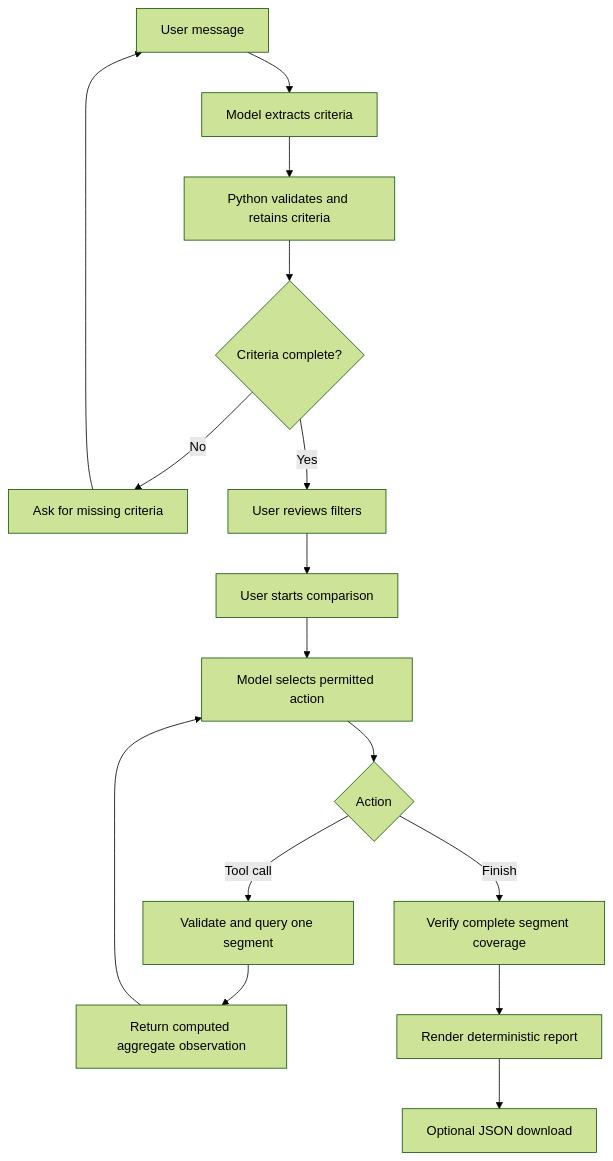
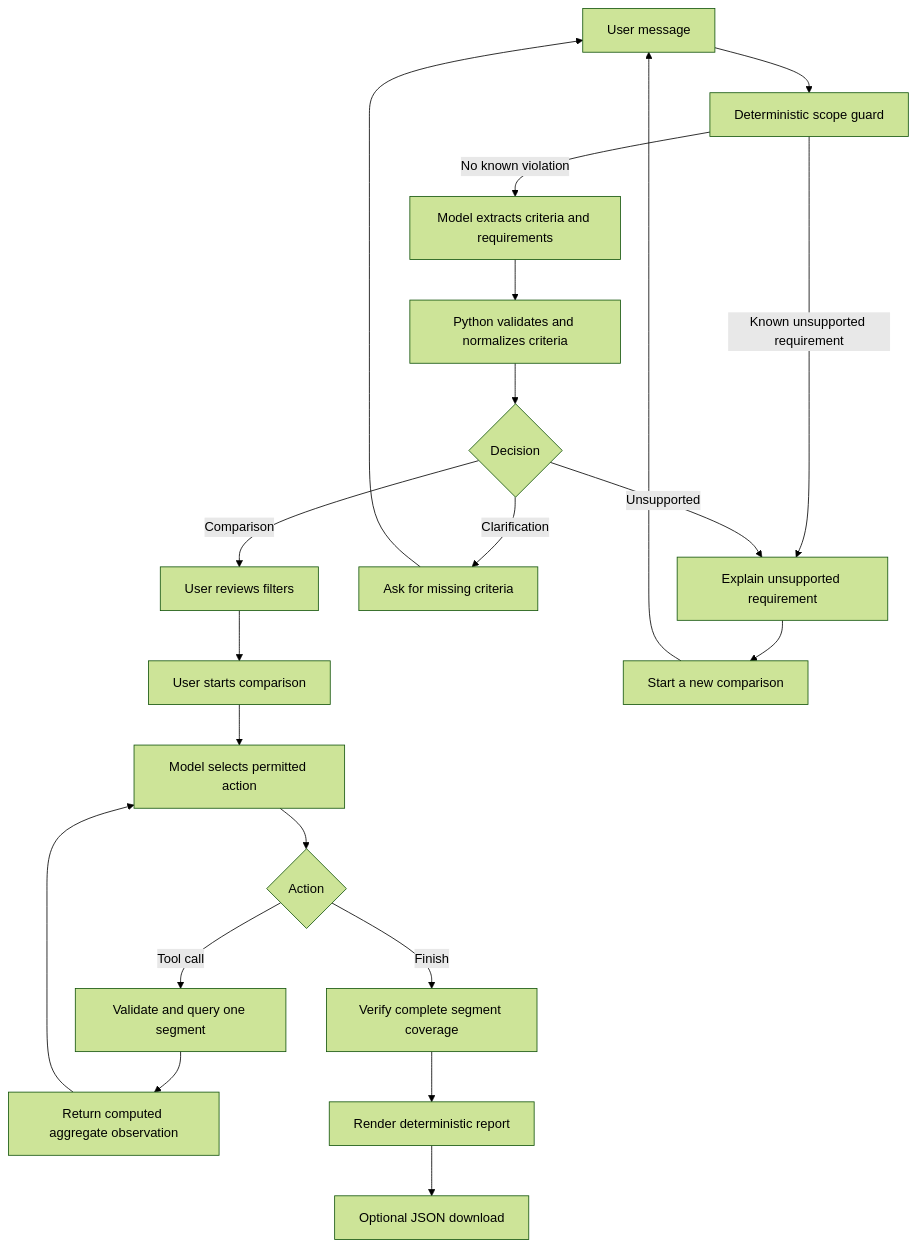
The third of 3 diagrams in README.md (SL14-SL/llm-customer-segmentation-assistant), drawn with Mermaid (forest theme) before and after one commit. The commit also changed other lines of this file and 12 other files, not shown here.

First line of the commit message:
Improve comparison reliability and model configuration (#6)

````diff
--- a/README.md
+++ b/README.md
@@ -322,24 +345,32 @@
 ```mermaid
 flowchart TD
-    A["User message"] --> B["Model extracts criteria"]
-    B --> C["Python validates and retains criteria"]
+    A["User message"] --> S["Deterministic scope guard"]
 
-    C --> D{"Criteria complete?"}
+    S -->|Known unsupported requirement| X["Explain unsupported requirement"]
+    S -->|No known violation| B["Model extracts criteria and requirements"]
 
-    D -->|No| E["Ask for missing criteria"]
+    B --> C["Python validates and normalizes criteria"]
+
+    C --> D{"Decision"}
+
+    D -->|Unsupported| X
+    D -->|Clarification| E["Ask for missing criteria"]
     E --> A
 
-    D -->|Yes| F["User reviews filters"]
+    D -->|Comparison| F["User reviews filters"]
     F --> G["User starts comparison"]
 
     G --> H["Model selects permitted action"]
     H --> I{"Action"}
 
     I -->|Tool call| J["Validate and query one segment"]
     J --> K["Return computed aggregate observation"]
     K --> H
 
     I -->|Finish| L["Verify complete segment coverage"]
     L --> M["Render deterministic report"]
     M --> N["Optional JSON download"]
+
+    X --> R["Start a new comparison"]
+    R --> A
 ```
````
